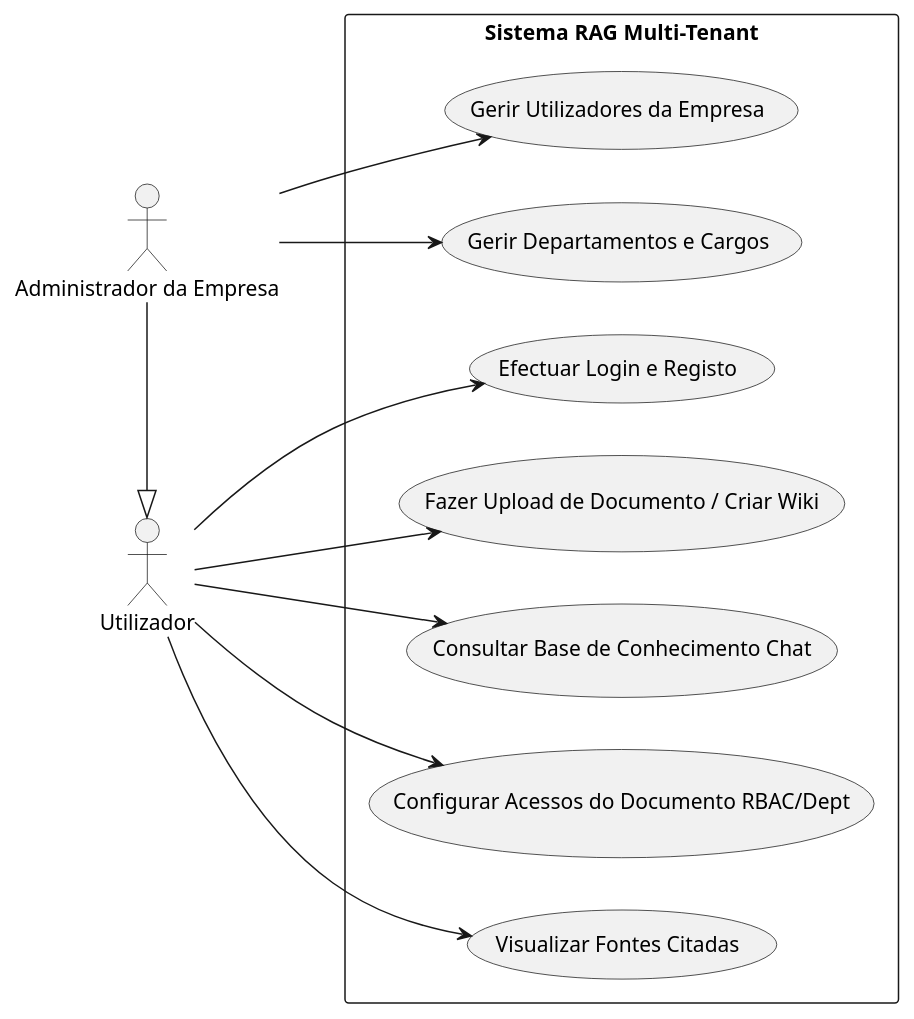
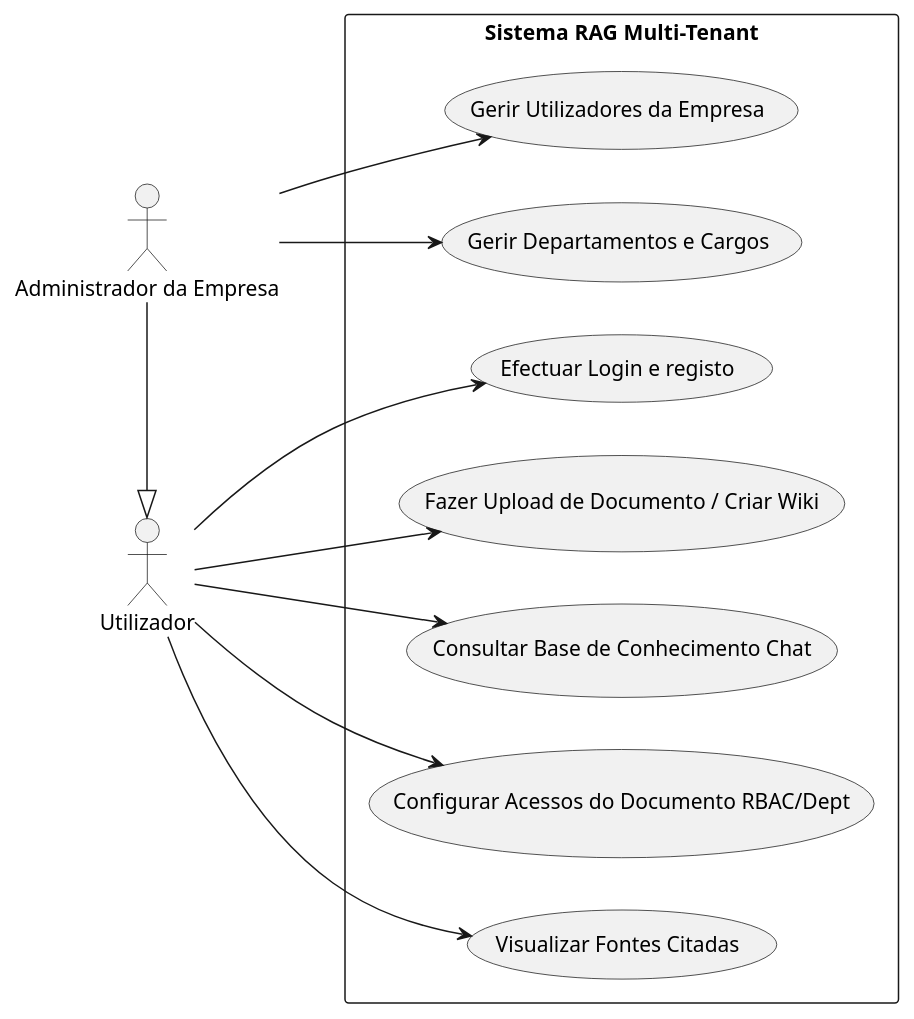
The second of 5 diagrams in docs/chapters/04-resultados.md (Cristiano-Rodrigues/TFC), drawn with PlantUML before and after one commit. The commit also changed other lines of this file and 23 other files, not shown here.

````diff
--- a/docs/chapters/04-resultados.md
+++ b/docs/chapters/04-resultados.md
@@ -132,29 +132,29 @@
 ```plantuml
 @startuml
 left to right direction
 skinparam packageStyle rectangle
 
 actor "Utilizador" as Utilizador
 actor "Administrador da Empresa" as Admin
 
 rectangle "Sistema RAG Multi-Tenant" {
-    usecase "Efectuar Login e Registo" as UC1
+    usecase "Efectuar Login e registo" as UC1
     usecase "Fazer Upload de Documento / Criar Wiki" as UC2
     usecase "Consultar Base de Conhecimento Chat" as UC3
     usecase "Configurar Acessos do Documento RBAC/Dept" as UC4
     usecase "Visualizar Fontes Citadas" as UC5
     usecase "Gerir Departamentos e Cargos" as UC6
     usecase "Gerir Utilizadores da Empresa" as UC7
 }
 
 Utilizador --> UC1
 Utilizador --> UC2
 Utilizador --> UC3
 Utilizador --> UC4
 Utilizador --> UC5
 
 Admin -|> Utilizador
 Admin --> UC6
 Admin --> UC7
 @enduml
 ```
````
